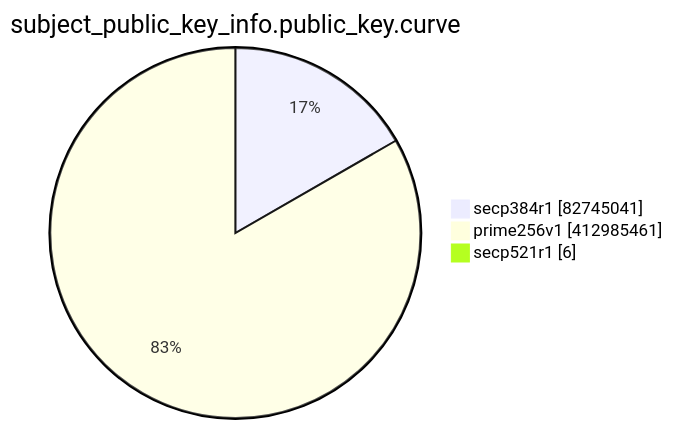
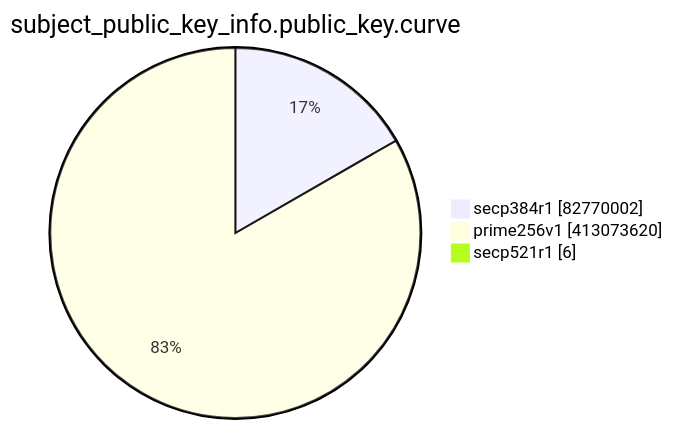
Before and after one commit to christiankrug/ctmonitor_visualization: the eighth of 15 diagrams in TOTAL/README.md, drawn with Mermaid. The commit also changed other lines of this file, not shown here.

````diff
--- a/TOTAL/README.md
+++ b/TOTAL/README.md
@@ -3098,7 +3098,7 @@
 ```mermaid
 pie showData
 title subject_public_key_info.public_key.curve
-"secp384r1" :82745041
-"prime256v1" :412985461
+"secp384r1" :82770002
+"prime256v1" :413073620
 "secp521r1" :6
 ```
````
